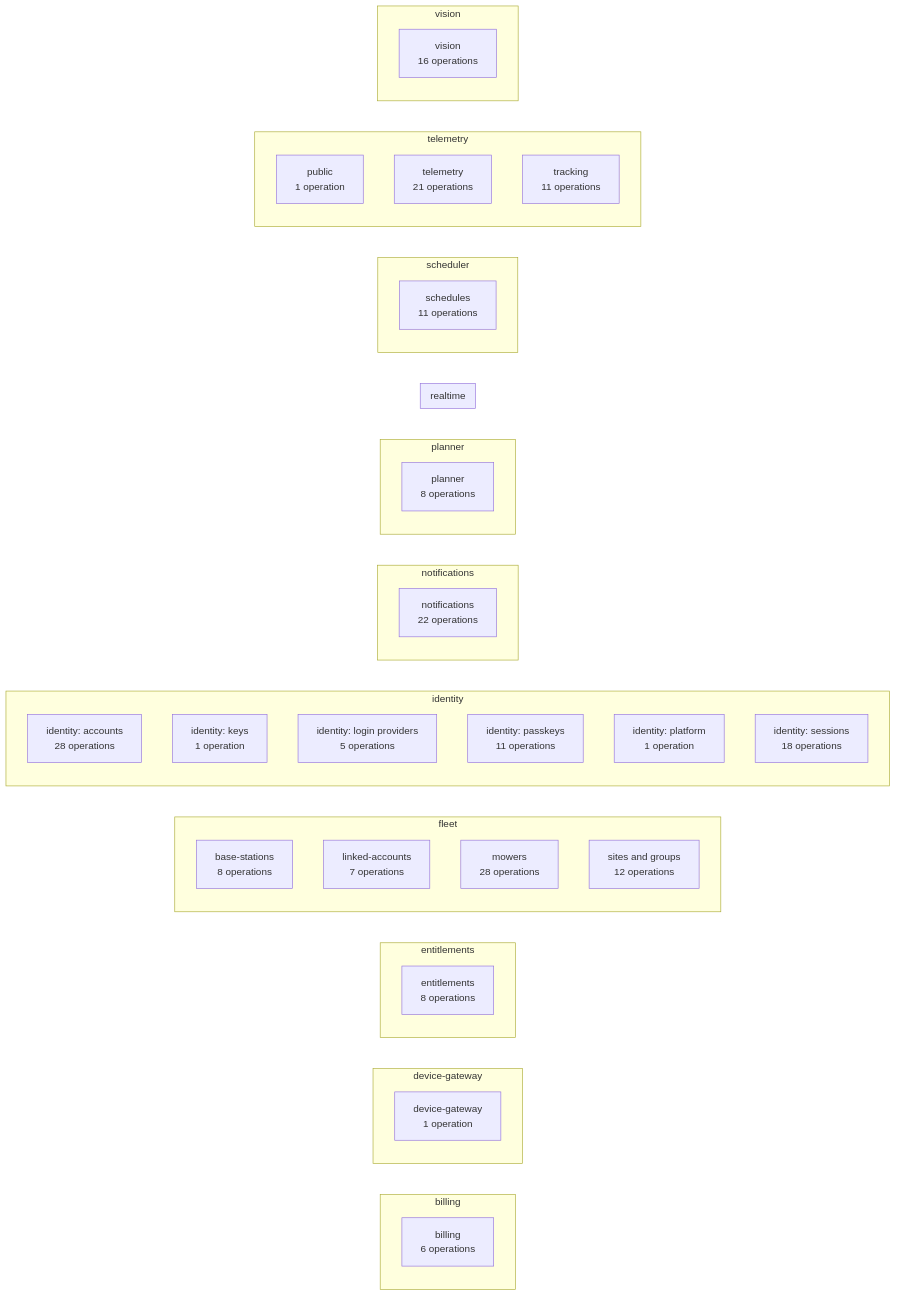
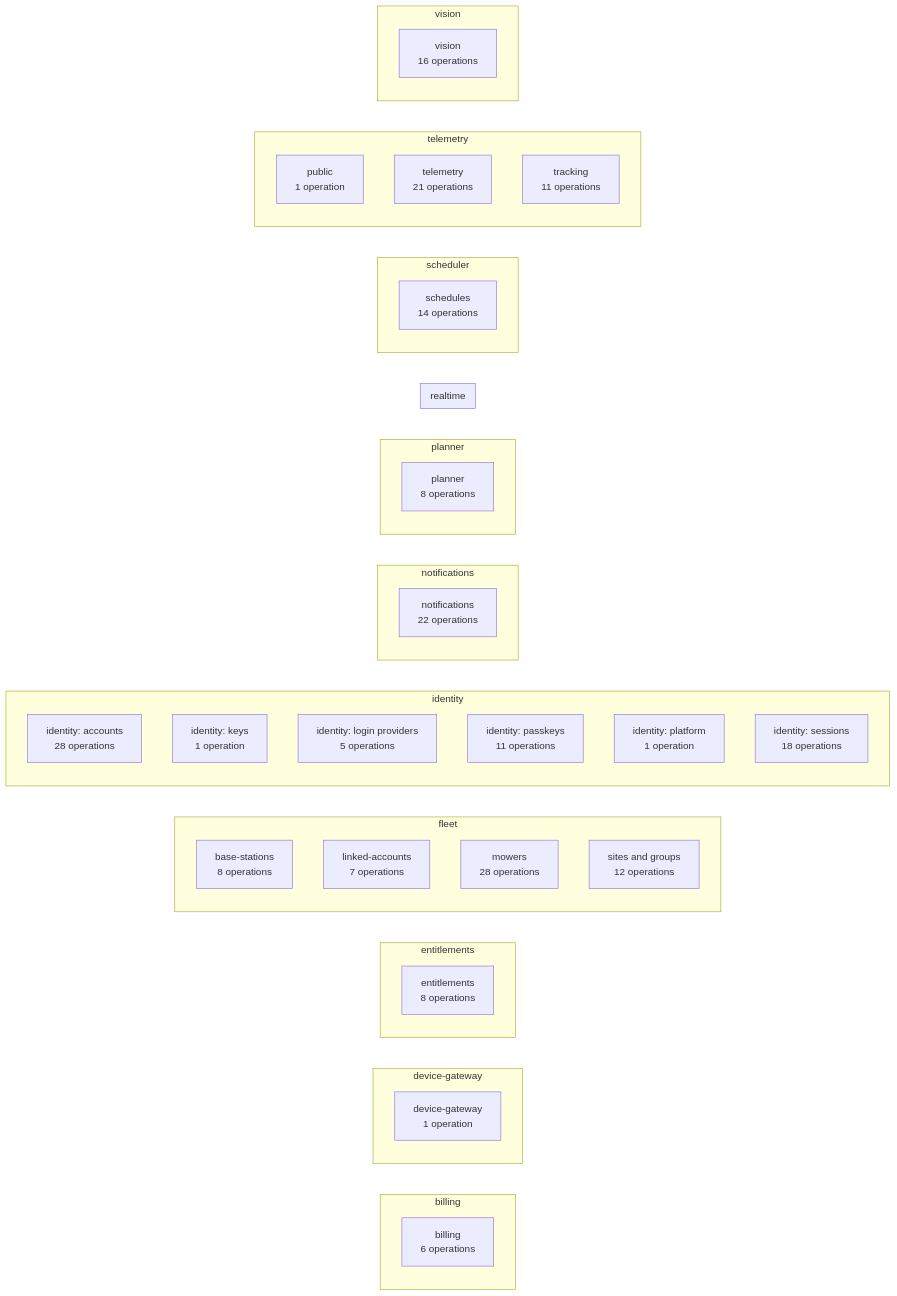
One commit to lukislp/mowdeck changed diagram 14 of 15 in docs/architecture/generated.md. Above: the diagram before and after it, drawn with Mermaid. The commit also changed other lines of this file and 46 other files, not shown here.

````diff
--- a/docs/architecture/generated.md
+++ b/docs/architecture/generated.md
@@ -430,56 +430,56 @@
 ```mermaid
 flowchart LR
   subgraph billing["billing"]
     direction TB
     billing_billing["billing<br/>6 operations"]
   end
   subgraph device_gateway["device-gateway"]
     direction TB
     device_gateway_device_gateway["device-gateway<br/>1 operation"]
   end
   subgraph entitlements["entitlements"]
     direction TB
     entitlements_entitlements["entitlements<br/>8 operations"]
   end
   subgraph fleet["fleet"]
     direction TB
     fleet_base_stations["base-stations<br/>8 operations"]
     fleet_linked_accounts["linked-accounts<br/>7 operations"]
     fleet_mowers["mowers<br/>28 operations"]
     fleet_sites_and_groups["sites and groups<br/>12 operations"]
   end
   subgraph identity["identity"]
     direction TB
     identity_identity__accounts["identity: accounts<br/>28 operations"]
     identity_identity__keys["identity: keys<br/>1 operation"]
     identity_identity__login_providers["identity: login providers<br/>5 operations"]
     identity_identity__passkeys["identity: passkeys<br/>11 operations"]
     identity_identity__platform["identity: platform<br/>1 operation"]
     identity_identity__sessions["identity: sessions<br/>18 operations"]
   end
   subgraph notifications["notifications"]
     direction TB
     notifications_notifications["notifications<br/>22 operations"]
   end
   subgraph planner["planner"]
     direction TB
     planner_planner["planner<br/>8 operations"]
   end
   subgraph realtime["realtime"]
     direction TB
   end
   subgraph scheduler["scheduler"]
     direction TB
-    scheduler_schedules["schedules<br/>11 operations"]
+    scheduler_schedules["schedules<br/>14 operations"]
   end
   subgraph telemetry["telemetry"]
     direction TB
     telemetry_public["public<br/>1 operation"]
     telemetry_telemetry["telemetry<br/>21 operations"]
     telemetry_tracking["tracking<br/>11 operations"]
   end
   subgraph vision["vision"]
     direction TB
     vision_vision["vision<br/>16 operations"]
   end
 ```
````
